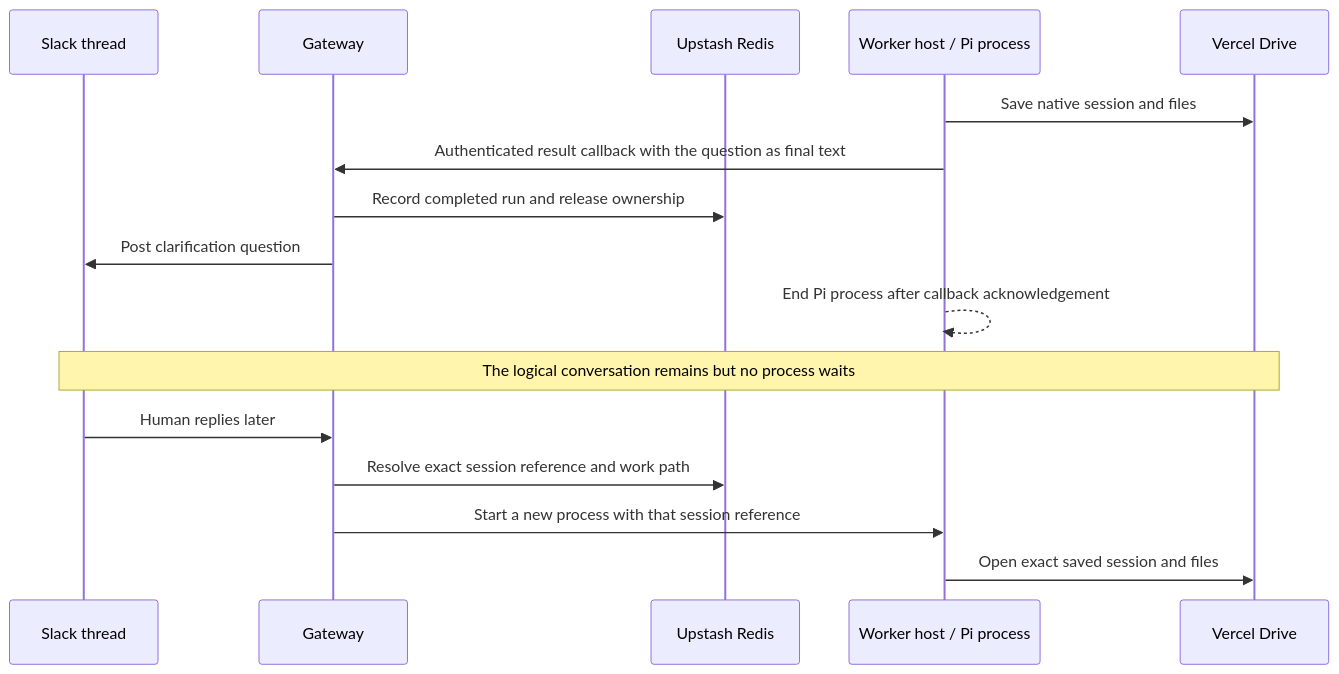
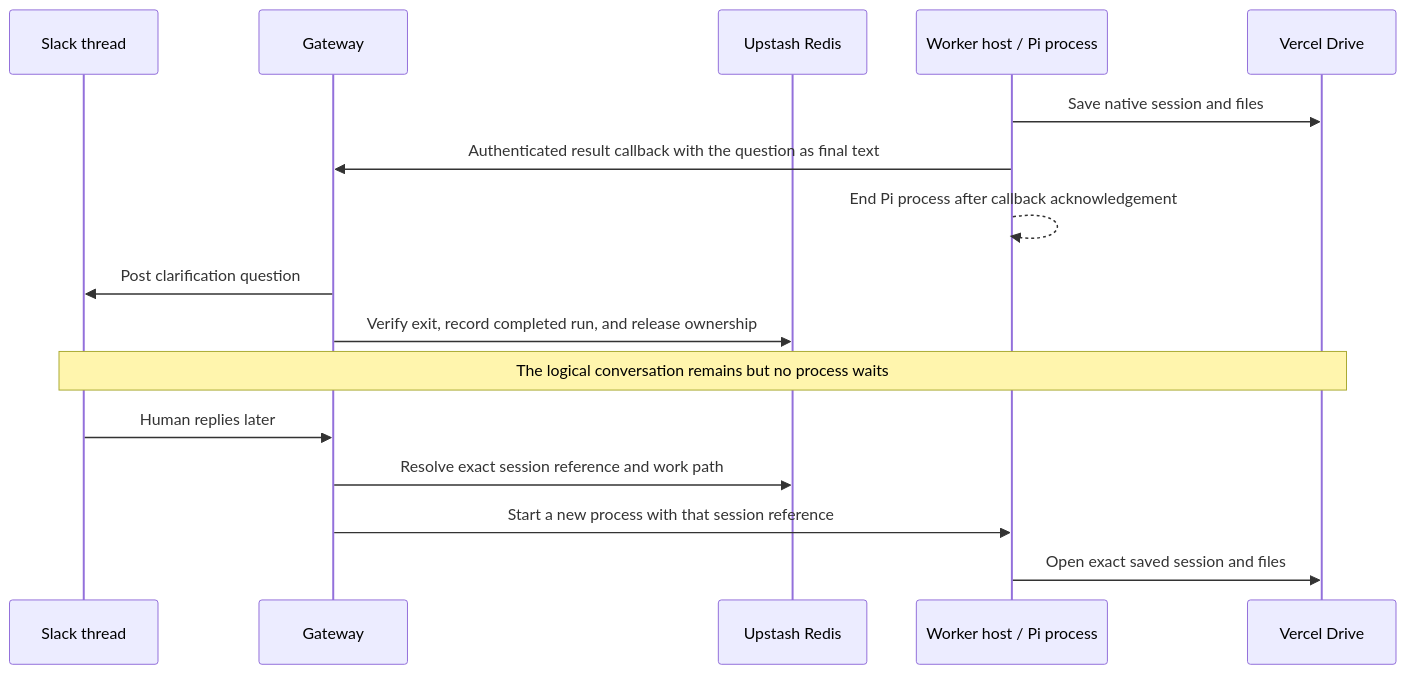
One commit to baaadtrippp/slack-agent-starter changed the second of 2 diagrams in docs/spec/v1.md. Above: the diagram before and after it, drawn with Mermaid. The commit also changed 1 other file, not shown here.

Commit message:
Clarify live Slack evidence and the question release order
The evidence rules now say a live Slack run with a fake or synthetic
worker proves only the Slack boundary, which matches how those rows were
recorded. The 4.2 diagram posts the question and verifies exit before
releasing ownership, as 4.1 requires.

````diff
--- a/docs/spec/v1.md
+++ b/docs/spec/v1.md
@@ -247,18 +247,18 @@
 ```mermaid
 sequenceDiagram
   participant S as Slack thread
   participant G as Gateway
   participant R as Upstash Redis
   participant P as Worker host / Pi process
   participant D as Vercel Drive
   P->>D: Save native session and files
   P->>G: Authenticated result callback with the question as final text
-  G->>R: Record completed run and release ownership
+  P-->>P: End Pi process after callback acknowledgement
   G->>S: Post clarification question
-  P-->>P: End Pi process after callback acknowledgement
+  G->>R: Verify exit, record completed run, and release ownership
   Note over S,D: The logical conversation remains but no process waits
   S->>G: Human replies later
   G->>R: Resolve exact session reference and work path
   G->>P: Start a new process with that session reference
   P->>D: Open exact saved session and files
 ```
````
